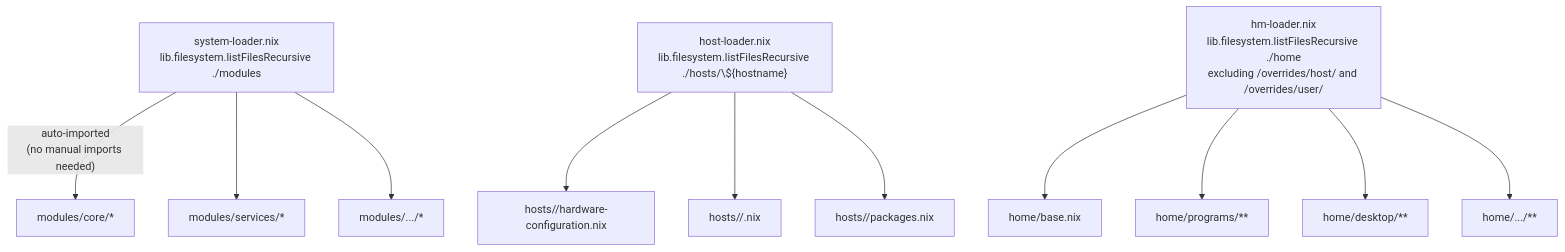
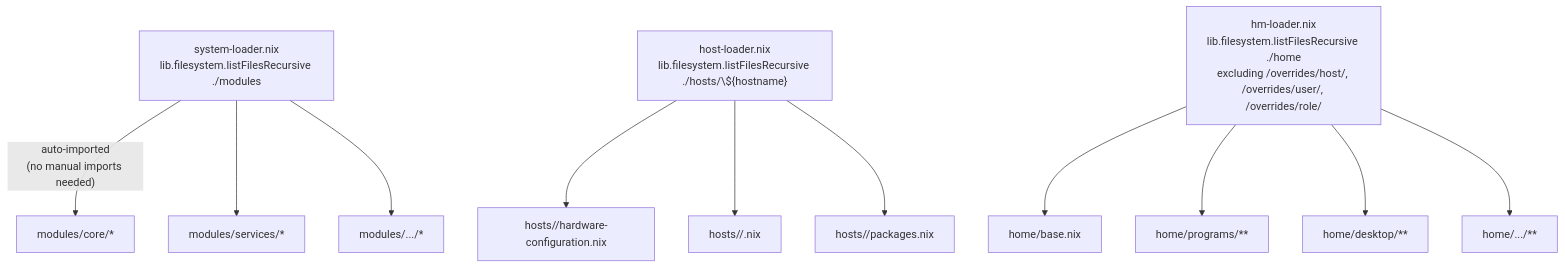
The third of 10 diagrams in docs/Project_Architecture_Blueprint.md (telometto/nix-config), drawn with Mermaid before and after one commit. The commit also changed other lines of this file and 6 other files, not shown here.

````diff
--- a/docs/Project_Architecture_Blueprint.md
+++ b/docs/Project_Architecture_Blueprint.md
@@ -149,16 +151,16 @@
 ```mermaid
 flowchart TD
     SL["system-loader.nix\nlib.filesystem.listFilesRecursive ./modules"]
     HL["host-loader.nix\nlib.filesystem.listFilesRecursive ./hosts/\${hostname}"]
-    HML["hm-loader.nix\nlib.filesystem.listFilesRecursive ./home\nexcluding /overrides/host/ and /overrides/user/"]
+    HML["hm-loader.nix\nlib.filesystem.listFilesRecursive ./home\nexcluding /overrides/host/, /overrides/user/, /overrides/role/"]
     SL -->|"auto-imported\n(no manual imports needed)"| M1[modules/core/*]
     SL --> M2[modules/services/*]
     SL --> M3[modules/.../*]
     HL --> H1["hosts/<hostname>/hardware-configuration.nix"]
     HL --> H2["hosts/<hostname>/<hostname>.nix"]
     HL --> H3["hosts/<hostname>/packages.nix"]
     HML --> HM1[home/base.nix]
     HML --> HM2[home/programs/**]
     HML --> HM3[home/desktop/**]
     HML --> HM4[home/.../**]
 ```
````
